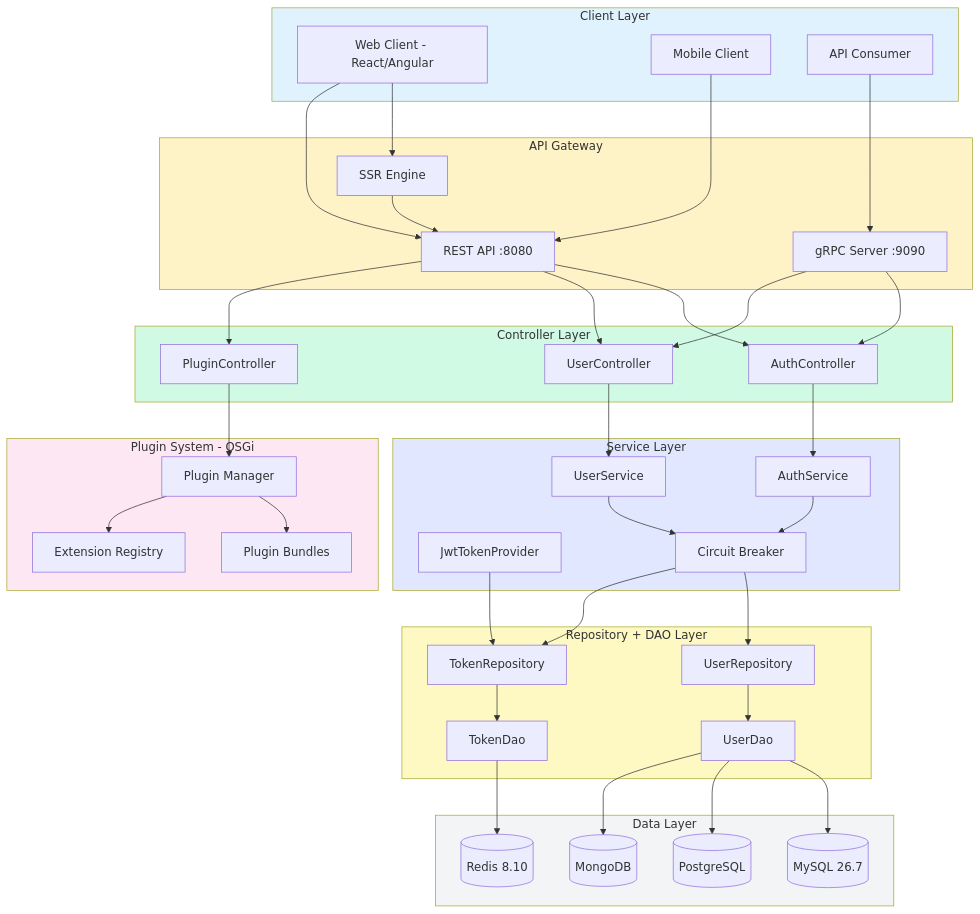
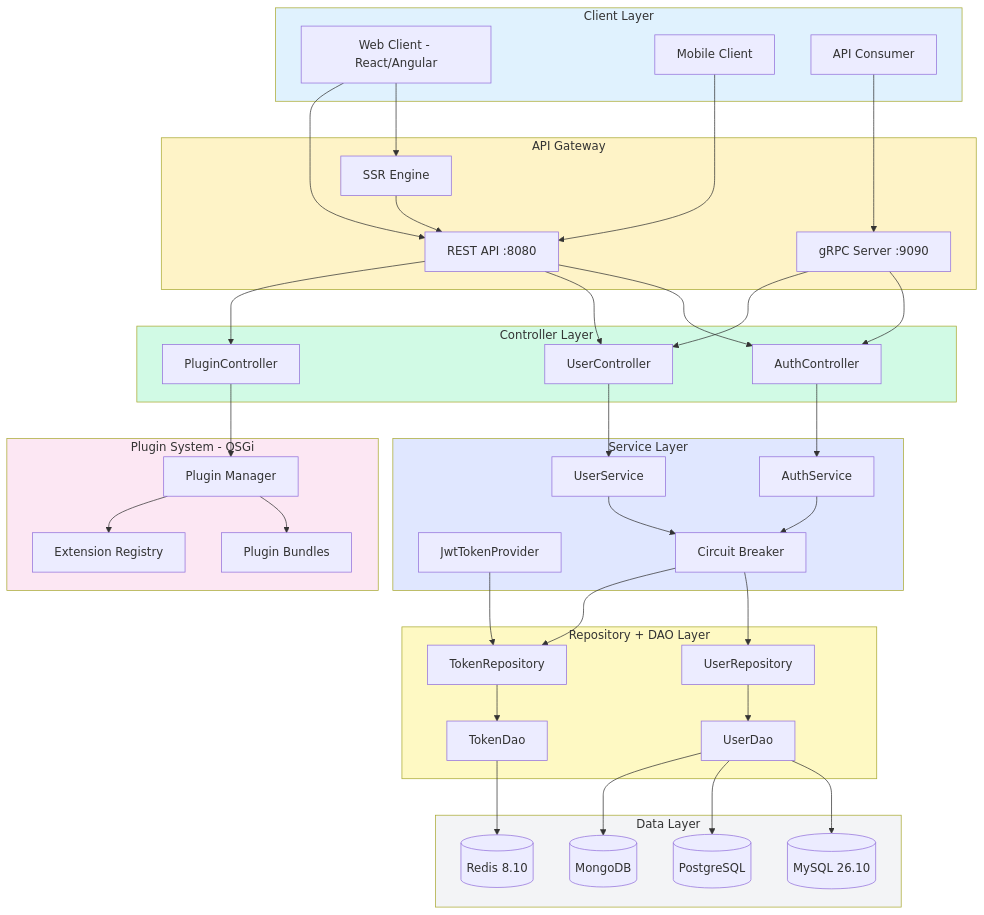
Before and after one commit to jrjohn/arcana-cloud-springboot: the first of 11 diagrams in README.md, drawn with Mermaid. The commit also changed other lines of this file, not shown here.

Commit message:
chore(docs): sync README versions + CI badges

```diff
--- a/README.md
+++ b/README.md
@@ -68,7 +68,7 @@
     end
 
     subgraph Data["Data Layer"]
-        MYSQL[(MySQL 26.7)]
+        MYSQL[(MySQL 26.10)]
         PGSQL[(PostgreSQL)]
         MONGO[(MongoDB)]
         REDIS[(Redis 8.10)]
```
